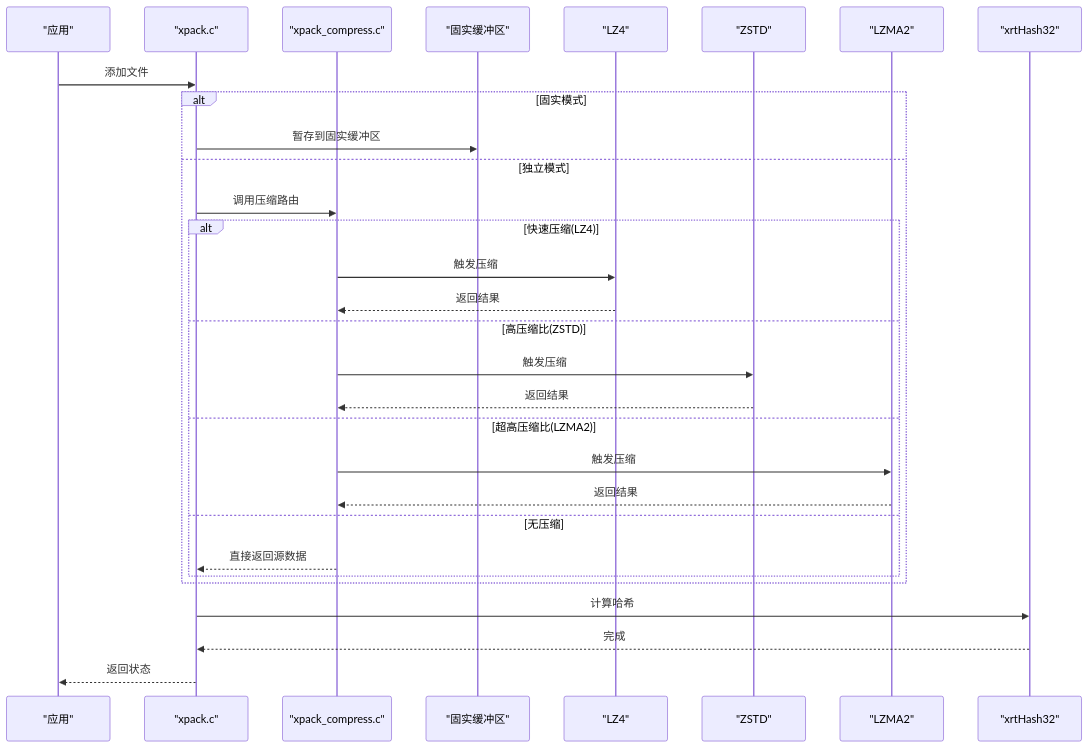
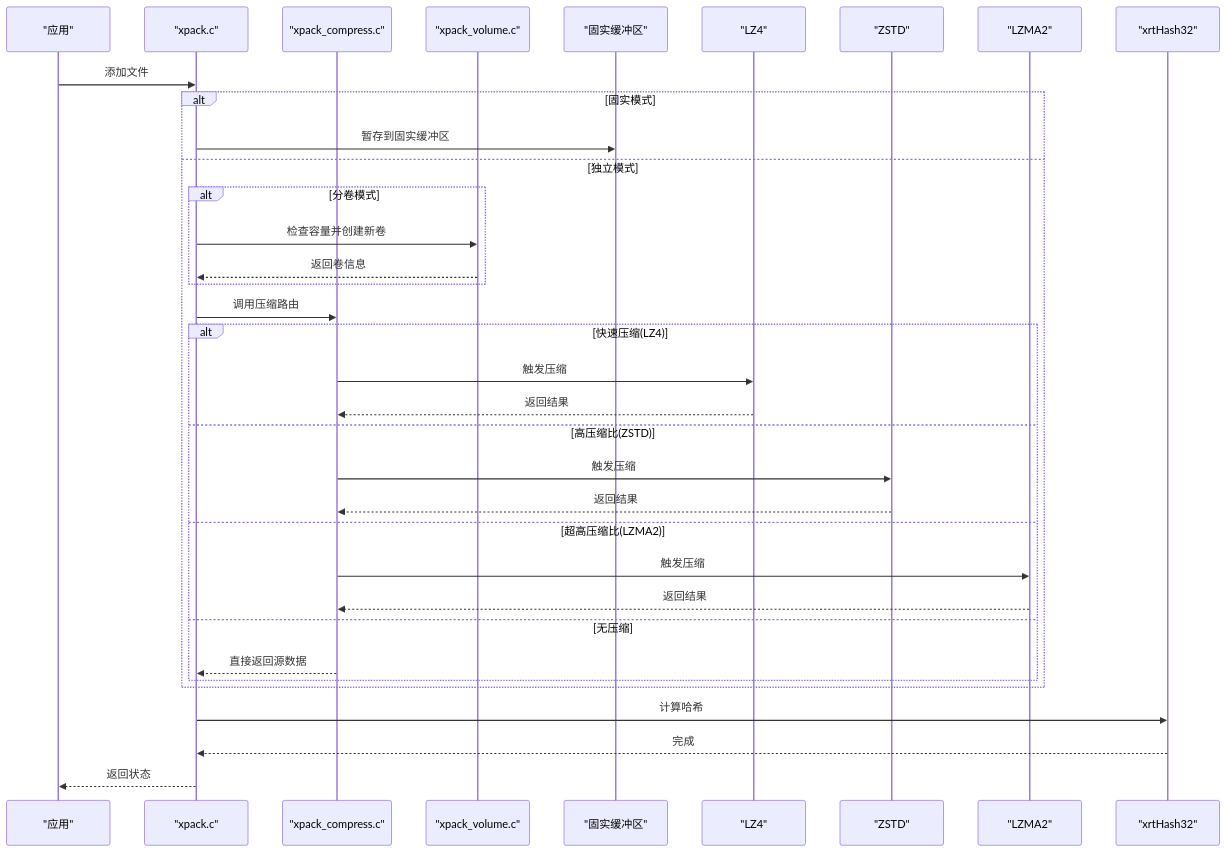
One commit to xywhsoft/xpack changed the second of 5 diagrams in .qoder/repowiki/zh/content/高级功能特性/高级功能特性.md. Above: the diagram before and after it, drawn with Mermaid. The commit also changed other lines of this file and 42 other files, not shown here.

````diff
--- a/.qoder/repowiki/zh/content/高级功能特性/高级功能特性.md
+++ b/.qoder/repowiki/zh/content/高级功能特性/高级功能特性.md
@@ -107,32 +130,37 @@
 ```mermaid
 sequenceDiagram
 participant App as "应用"
 participant XP as "xpack.c"
 participant XC as "xpack_compress.c"
+participant VOL as "xpack_volume.c"
 participant SOLID as "固实缓冲区"
 participant LZ4 as "LZ4"
 participant ZSTD as "ZSTD"
 participant LZMA as "LZMA2"
 participant HASH as "xrtHash32"
 App->>XP : 添加文件
 alt 固实模式
-    XP->>SOLID : 暂存到固实缓冲区
+XP->>SOLID : 暂存到固实缓冲区
 else 独立模式
-    XP->>XC : 调用压缩路由
-    alt 快速压缩(LZ4)
-        XC->>LZ4 : 触发压缩
-        LZ4-->>XC : 返回结果
-    else 高压缩比(ZSTD)
-        XC->>ZSTD : 触发压缩
-        ZSTD-->>XC : 返回结果
-    else 超高压缩比(LZMA2)
-        XC->>LZMA : 触发压缩
-        LZMA-->>XC : 返回结果
-    else 无压缩
-        XC-->>XP : 直接返回源数据
-    end
+alt 分卷模式
+XP->>VOL : 检查容量并创建新卷
+VOL-->>XP : 返回卷信息
+end
+XP->>XC : 调用压缩路由
+alt 快速压缩(LZ4)
+XC->>LZ4 : 触发压缩
+LZ4-->>XC : 返回结果
+else 高压缩比(ZSTD)
+XC->>ZSTD : 触发压缩
+ZSTD-->>XC : 返回结果
+else 超高压缩比(LZMA2)
+XC->>LZMA : 触发压缩
+LZMA-->>XC : 返回结果
+else 无压缩
+XC-->>XP : 直接返回源数据
+end
 end
 XP->>HASH : 计算哈希
 HASH-->>XP : 完成
 XP-->>App : 返回状态
 ```
````
